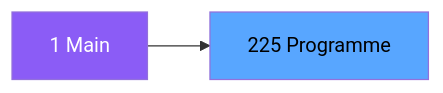
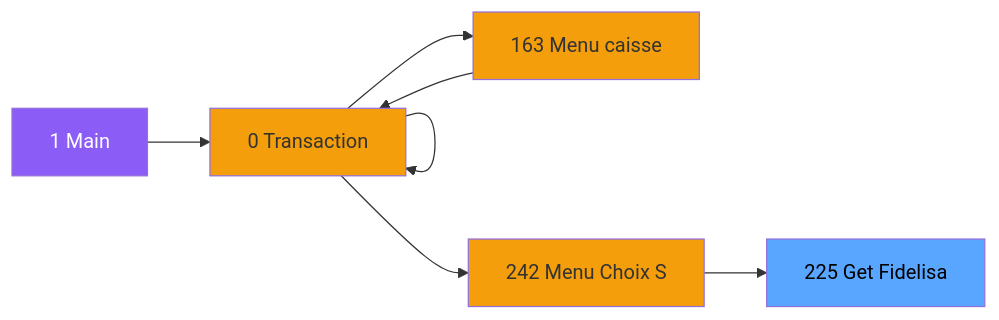
One commit to thonyAGP/magic-migration changed the second of 3 diagrams in .openspec/specs/ADH-IDE-225.md. Above: the diagram before and after it, drawn with Mermaid. The commit also changed other lines of this file and 323 other files, not shown here.

````diff
--- a/.openspec/specs/ADH-IDE-225.md
+++ b/.openspec/specs/ADH-IDE-225.md
@@ -99,8 +112,23 @@
 ```mermaid
 graph LR
     M[1 Main]
-    T[225 Programme]
-    M --> T
+    N0[0 Transaction ]
+    N0[0 Transaction ]
+    N163[163 Menu caisse ]
+    N0[0 Transaction ]
+    N242[242 Menu Choix S]
+    T[225 Get Fidelisa]
+    M --> N0
+    N0 --> N0
+    N0 --> N163
+    N163 --> N0
+    N0 --> N242
+    N242 --> T
     style M fill:#8b5cf6,color:#fff
+    style N0 fill:#f59e0b
+    style N0 fill:#f59e0b
+    style N163 fill:#f59e0b
+    style N0 fill:#f59e0b
+    style N242 fill:#f59e0b
     style T fill:#58a6ff,color:#000
 ```
````
